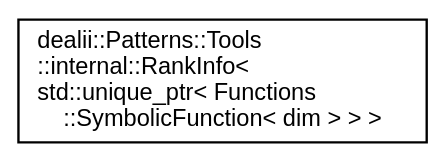
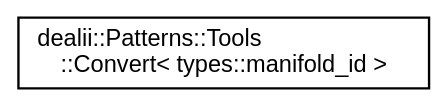
One commit to luca-heltai/fsi-suite changed the diagram in inherit_graph_4.dot. Above: the diagram before and after it, drawn with Graphviz. The commit also changed 646 other files, not shown here.

```diff
--- a/inherit_graph_4.dot
+++ b/inherit_graph_4.dot
@@ -1,9 +1,9 @@
 digraph "Graphical Class Hierarchy"
 {
  // LATEX_PDF_SIZE
   bgcolor="transparent";
   edge [fontname="Helvetica",fontsize="10",labelfontname="Helvetica",labelfontsize="10"];
   node [fontname="Helvetica",fontsize="10",shape=record];
   rankdir="LR";
-  Node0 [label="dealii::Patterns::Tools\l::internal::RankInfo\<\l std::unique_ptr\< Functions\l::SymbolicFunction\< dim \> \> \>",height=0.2,width=0.4,color="black",URL="$structdealii_1_1_patterns_1_1_tools_1_1internal_1_1_rank_info_3_01std_1_1unique__ptr_3_01_functi11c60eae726f69eabee4870ce9a9b25d.html",tooltip=" "];
+  Node0 [label="dealii::Patterns::Tools\l::Convert\< types::manifold_id \>",height=0.2,width=0.4,color="black",URL="$structdealii_1_1_patterns_1_1_tools_1_1_convert_3_01types_1_1manifold__id_01_4.html",tooltip="Instruct deal.II on how to convert a manifold_id to a string."];
 }
```
